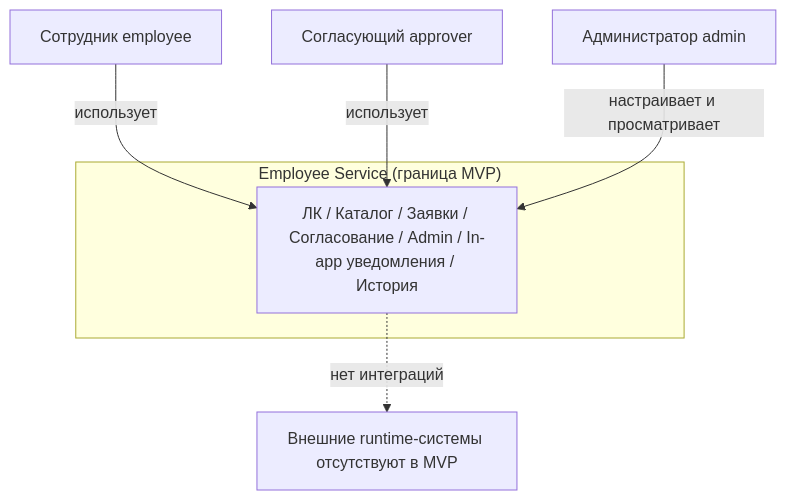
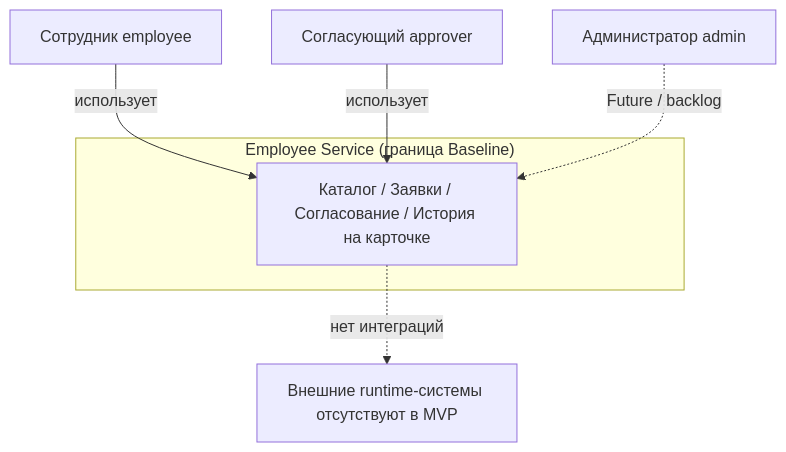
Before and after one commit to egoryasuk96/pet-project-hr-tech-: the diagram in docs/03-diagrams/architecture/context-diagram.md, drawn with Mermaid. The commit also changed other lines of this file and 7 other files, not shown here.

Commit message:
docs: stage 5 — static HTML web client ADR and architecture alignment

````diff
--- a/docs/03-diagrams/architecture/context-diagram.md
+++ b/docs/03-diagrams/architecture/context-diagram.md
@@ -49,17 +48,17 @@
 ```mermaid
 flowchart TB
   Emp[Сотрудник employee]
   Apr[Согласующий approver]
   Adm[Администратор admin]
 
-  subgraph ES["Employee Service (граница MVP)"]
-    Core[ЛК / Каталог / Заявки / Согласование / Admin / In-app уведомления / История]
+  subgraph ES["Employee Service (граница Baseline)"]
+    Core[Каталог / Заявки / Согласование / История на карточке]
   end
 
   Emp -->|использует| Core
   Apr -->|использует| Core
-  Adm -->|настраивает и просматривает| Core
+  Adm -.->|Future / backlog| Core
 
   NoteOut[Внешние runtime-системы отсутствуют в MVP]
   Core -.->|нет интеграций| NoteOut
 ```
````
